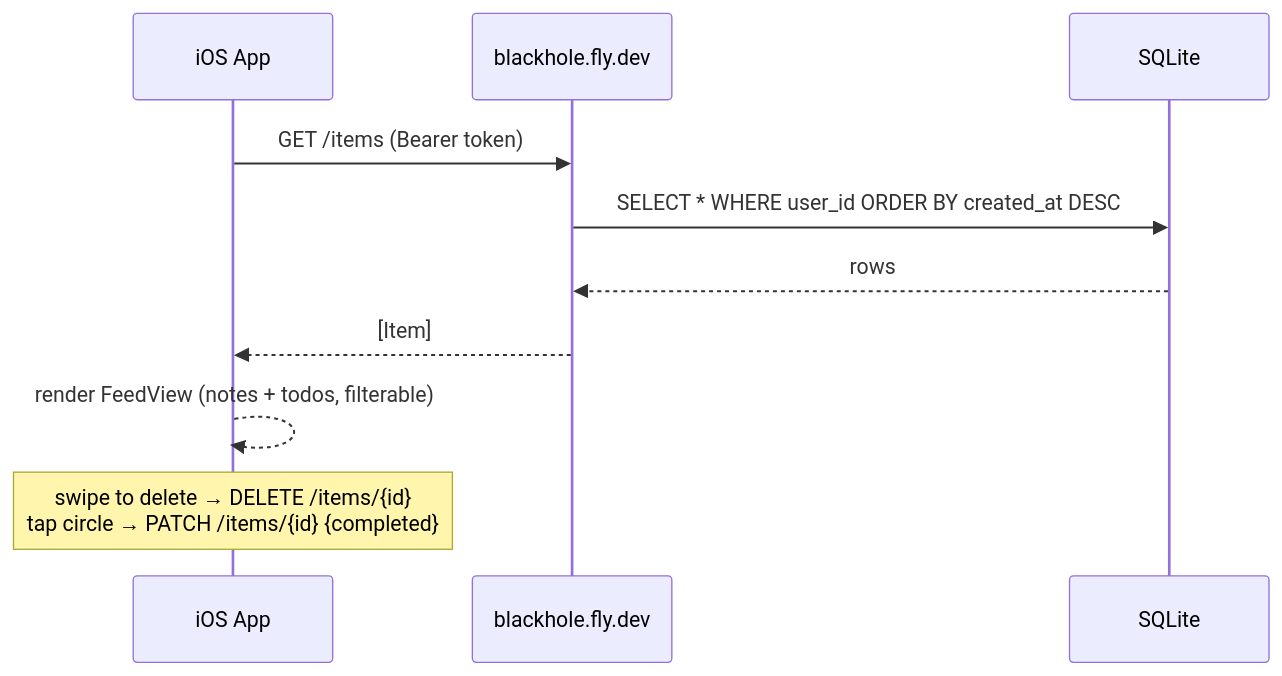
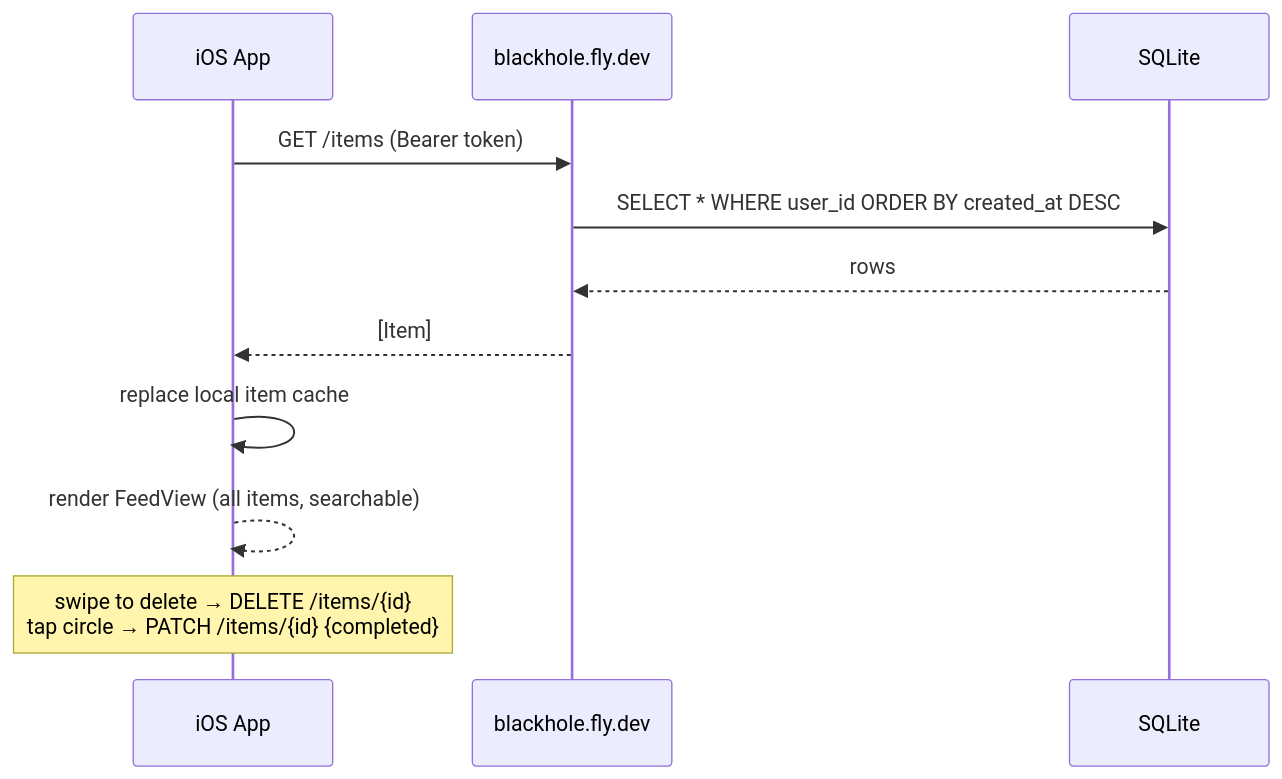
The third of 4 diagrams in blackhole/ARCHITECTURE.md (zamborg/lowercaseLabs), drawn with Mermaid before and after one commit. The commit also changed other lines of this file and 35 other files, not shown here.

````diff
--- a/blackhole/ARCHITECTURE.md
+++ b/blackhole/ARCHITECTURE.md
@@ -59,13 +59,14 @@
 ```mermaid
 sequenceDiagram
     participant iOS as iOS App
     participant API as blackhole.fly.dev
     participant DB as SQLite
 
     iOS->>API: GET /items (Bearer token)
     API->>DB: SELECT * WHERE user_id ORDER BY created_at DESC
     DB-->>API: rows
     API-->>iOS: [Item]
-    iOS-->>iOS: render FeedView (notes + todos, filterable)
+    iOS->>iOS: replace local item cache
+    iOS-->>iOS: render FeedView (all items, searchable)
     Note over iOS: swipe to delete → DELETE /items/{id}<br/>tap circle → PATCH /items/{id} {completed}
 ```
````
